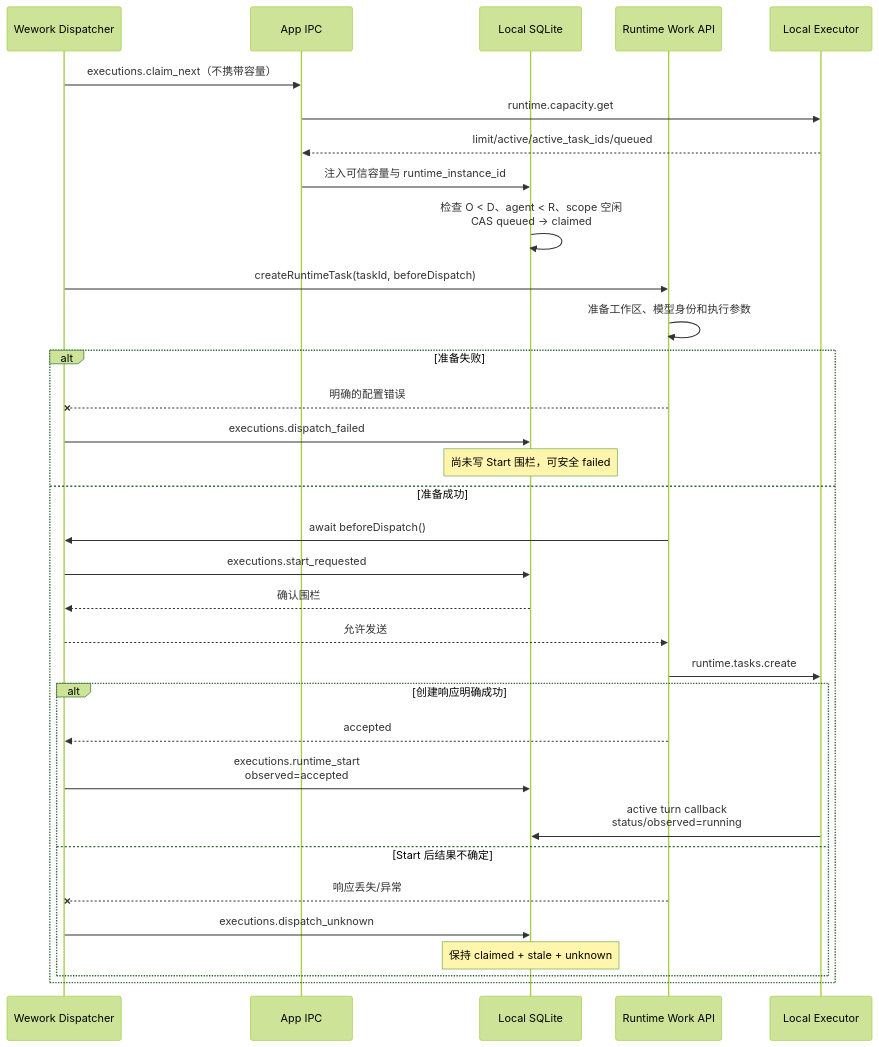
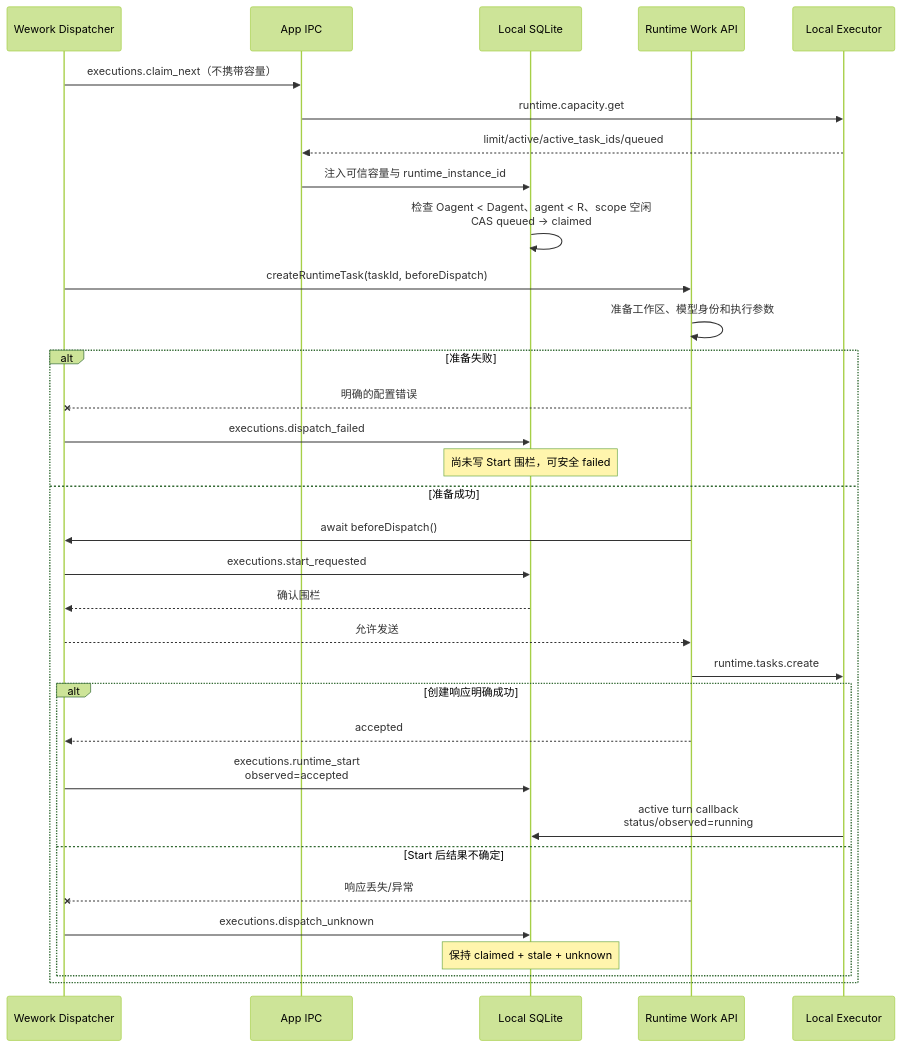
Before and after one commit to wecode-ai/Wegent: the fifth of 11 diagrams in docs/zh/wework/developer-guide/wework-project-execution-state-truth-refactoring.md, drawn with Mermaid (forest theme). The commit also changed other lines of this file and 12 other files, not shown here.

````diff
--- a/docs/zh/wework/developer-guide/wework-project-execution-state-truth-refactoring.md
+++ b/docs/zh/wework/developer-guide/wework-project-execution-state-truth-refactoring.md
@@ -231,35 +231,35 @@
 ```mermaid
 sequenceDiagram
   participant APP as Wework Dispatcher
   participant IPC as App IPC
   participant SQL as Local SQLite
   participant API as Runtime Work API
   participant R as Local Executor
   APP->>IPC: executions.claim_next（不携带容量）
   IPC->>R: runtime.capacity.get
   R-->>IPC: limit/active/active_task_ids/queued
   IPC->>SQL: 注入可信容量与 runtime_instance_id
-  SQL->>SQL: 检查 O < D、agent < R、scope 空闲<br/>CAS queued → claimed
+  SQL->>SQL: 检查 Oagent < Dagent、agent < R、scope 空闲<br/>CAS queued → claimed
   APP->>API: createRuntimeTask(taskId, beforeDispatch)
   API->>API: 准备工作区、模型身份和执行参数
   alt 准备失败
     API--xAPP: 明确的配置错误
     APP->>SQL: executions.dispatch_failed
     Note over SQL: 尚未写 Start 围栏，可安全 failed
   else 准备成功
     API->>APP: await beforeDispatch()
     APP->>SQL: executions.start_requested
     SQL-->>APP: 确认围栏
     APP-->>API: 允许发送
     API->>R: runtime.tasks.create
     alt 创建响应明确成功
       API-->>APP: accepted
       APP->>SQL: executions.runtime_start<br/>observed=accepted
       R->>SQL: active turn callback<br/>status/observed=running
     else Start 后结果不确定
       API--xAPP: 响应丢失/异常
       APP->>SQL: executions.dispatch_unknown
       Note over SQL: 保持 claimed + stale + unknown
     end
   end
 ```
````
